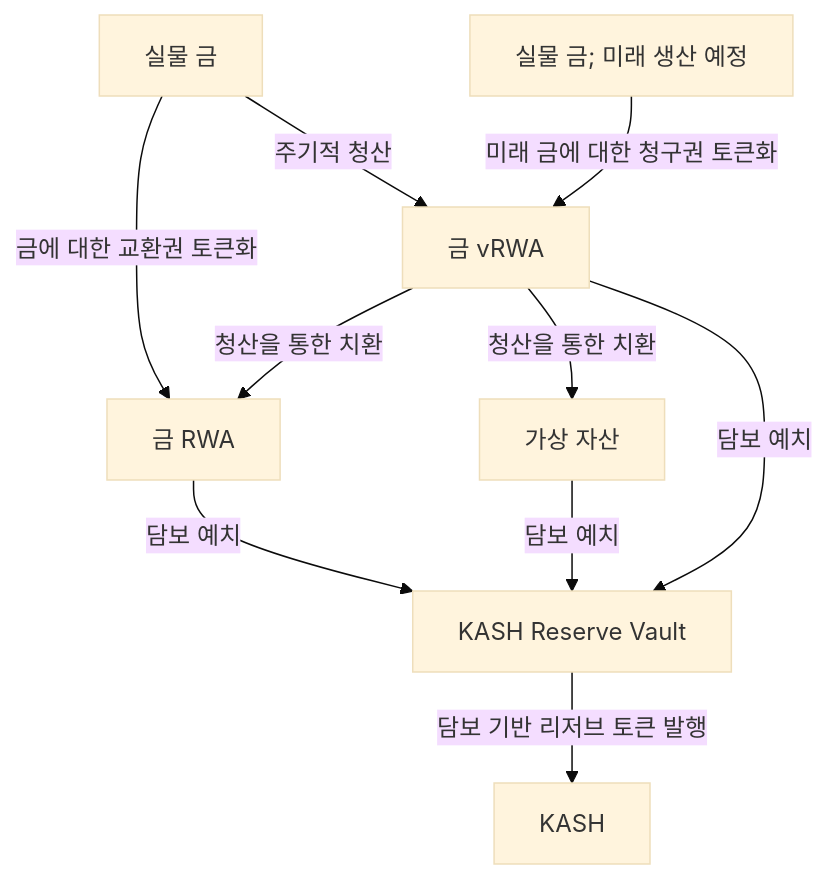
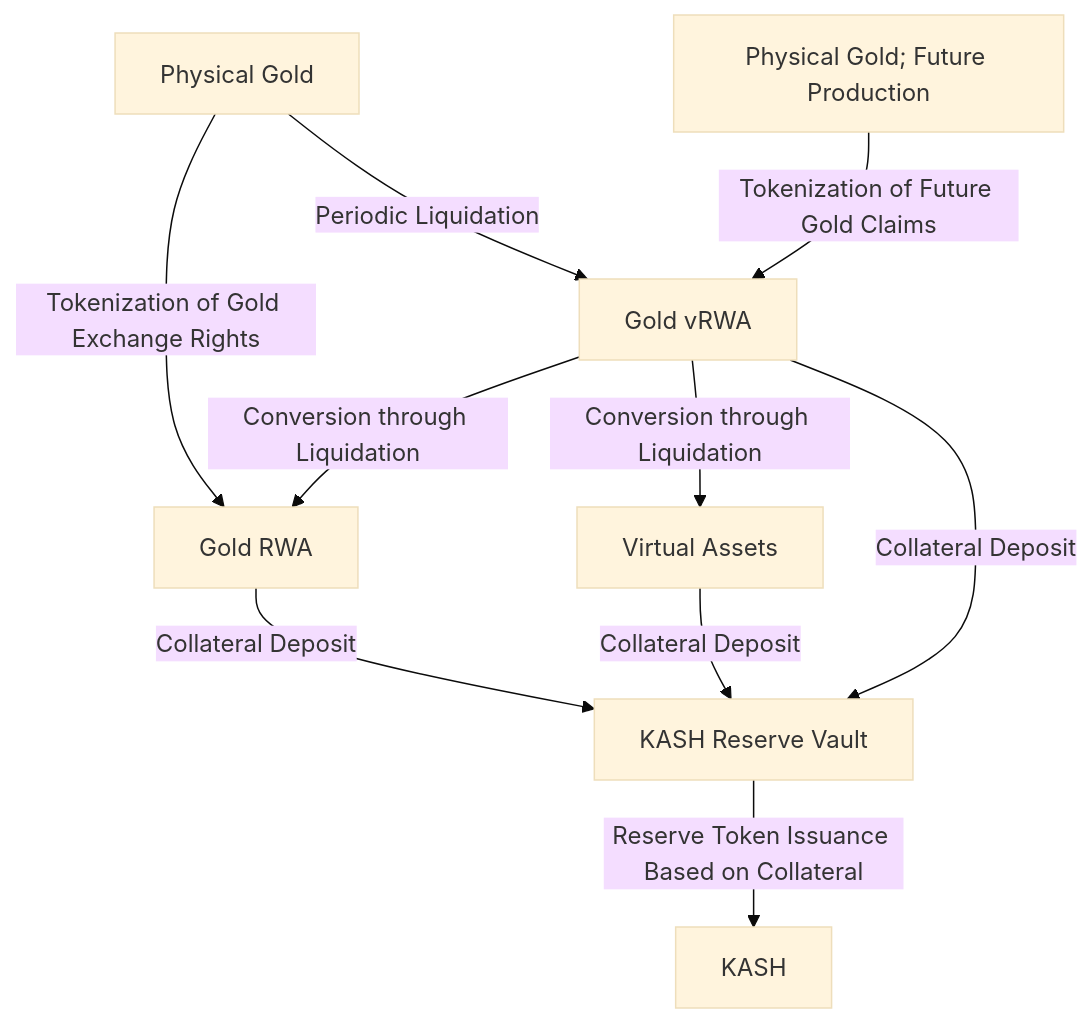
Before and after one commit to KOR-Ryat/kash-whitepaper: the diagram in i18n/en/docusaurus-plugin-content-docs/current/whitepaper/KASH-basic/structure.md, drawn with Mermaid (base theme). The commit also changed other lines of this file and 26 other files, not shown here.

```diff
--- a/i18n/en/docusaurus-plugin-content-docs/current/whitepaper/KASH-basic/structure.md
+++ b/i18n/en/docusaurus-plugin-content-docs/current/whitepaper/KASH-basic/structure.md
@@ -39,12 +29,12 @@
 ~~~mermaid
 graph TD
-    A[실물 금] -- 금에 대한 교환권 토큰화 --> B[금 RWA];
-    C[실물 금; 미래 생산 예정] -- 미래 금에 대한 청구권 토큰화 --> D[금 vRWA];
-    A -- 주기적 청산 --> D;
-    D -- 청산을 통한 치환 --> B;
-    D -- 청산을 통한 치환 --> G[가상 자산];
-    G -- 담보 예치 --> E[KASH Reserve Vault];
-    B -- 담보 예치 --> E;
-    D -- 담보 예치 --> E;
-    E -- 담보 기반 리저브 토큰 발행 --> F[KASH];
+    A[Physical Gold] -- Tokenization of Gold Exchange Rights --> B[Gold RWA];
+    C[Physical Gold; Future Production] -- Tokenization of Future Gold Claims --> D[Gold vRWA];
+    A -- Periodic Liquidation --> D;
+    D -- Conversion through Liquidation --> B;
+    D -- Conversion through Liquidation --> G[Virtual Assets];
+    G -- Collateral Deposit --> E[KASH Reserve Vault];
+    B -- Collateral Deposit --> E;
+    D -- Collateral Deposit --> E;
+    E -- Reserve Token Issuance Based on Collateral --> F[KASH];
 ~~~
```
